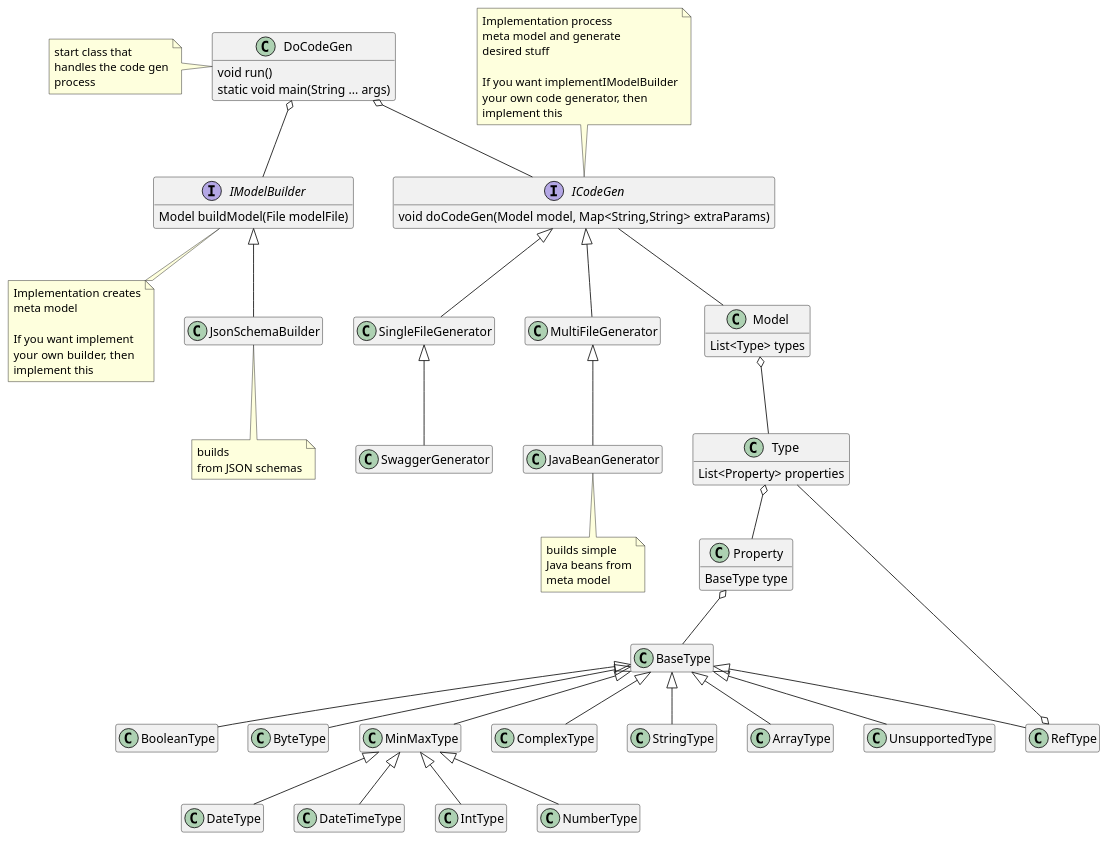
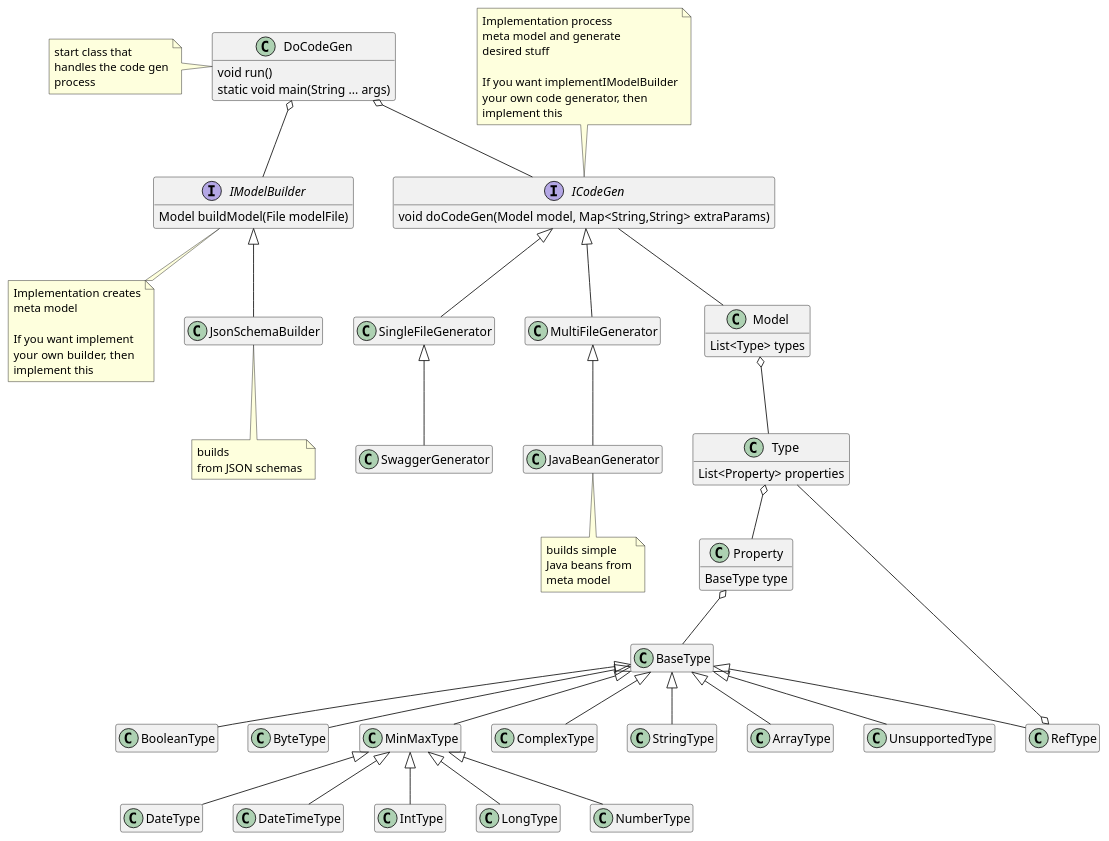
One commit to schlothauer-wauer/jsoncodegen changed the diagram in docs/main_structure.puml. Above: the diagram before and after it, drawn with PlantUML. The commit also changed 11 other files, not shown here.

Commit message:
introduce long type

```diff
--- a/docs/main_structure.puml
+++ b/docs/main_structure.puml
@@ -1,100 +1,101 @@
 @startuml
 hide empty members
 
 interface IModelBuilder {
     Model buildModel(File modelFile)
 }
 
 note bottom of IModelBuilder
     Implementation creates
     meta model
 
     If you want implement
     your own builder, then
     implement this
 end note
 
 interface ICodeGen {
     void doCodeGen(Model model, Map<String,String> extraParams)
 }
 
 note top of ICodeGen
     Implementation process
     meta model and generate
     desired stuff
 
     If you want implementIModelBuilder
     your own code generator, then
     implement this
 end note
 
 
 class DoCodeGen {
     void run()
     static void main(String ... args)
 }
 
 class JsonSchemaBuilder
 class SingleFileGenerator
 class MultiFileGenerator
 class JavaBeanGenerator
 
 note left of DoCodeGen
     start class that
     handles the code gen
     process
 end note
 
 note bottom of JsonSchemaBuilder
     builds
     from JSON schemas
 end note
 
 note bottom of JavaBeanGenerator
     builds simple
     Java beans from
     meta model
 end note
 
 DoCodeGen o-- IModelBuilder
 DoCodeGen o-- ICodeGen
 
 IModelBuilder <|-- JsonSchemaBuilder
 ICodeGen <|-- MultiFileGenerator
 ICodeGen <|-- SingleFileGenerator
 
 MultiFileGenerator <|-- JavaBeanGenerator
 SingleFileGenerator <|-- SwaggerGenerator
 class Model {
     List<Type> types
 }
 
 class Type {
     List<Property> properties
 }
 
 class Property {
     BaseType type
 }
 
 BaseType <|-- BooleanType
 BaseType <|-- ByteType
 BaseType <|-- MinMaxType
 BaseType <|-- ComplexType
 MinMaxType <|-- DateType
 MinMaxType <|-- DateTimeType
 MinMaxType <|-- IntType
+MinMaxType <|-- LongType
 MinMaxType <|-- NumberType
 BaseType <|-- RefType
 BaseType <|-- StringType
 BaseType <|-- ArrayType
 BaseType <|-- UnsupportedType
 
 Property o-- BaseType
 Type o-- Property
 Model o-- Type
 
 RefType o-- Type
 ICodeGen -- Model
 
 @enduml
```
